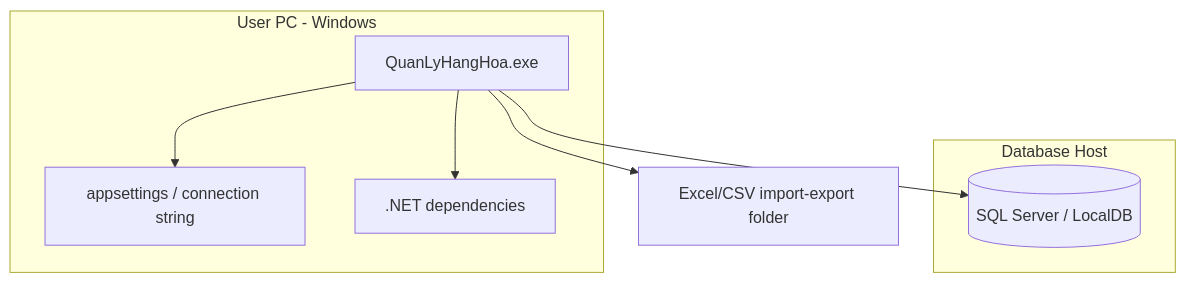
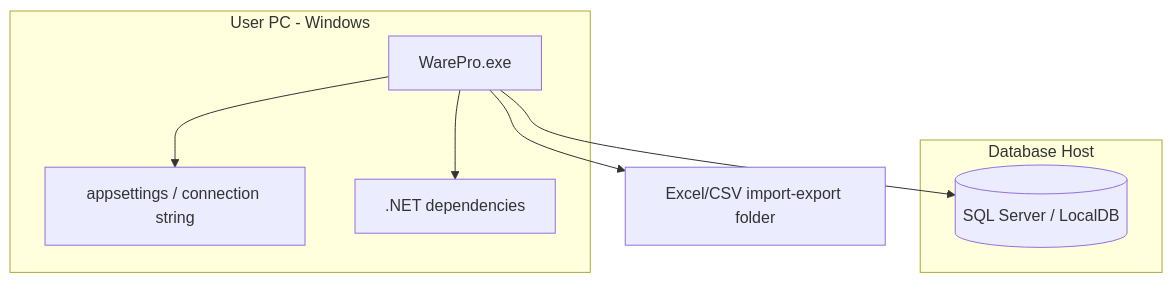
Before and after one commit to TheGiver262/WarePro: the diagram in Diagram/mermaid/Deployment_HeThong.mermaid, drawn with Mermaid. The commit also changed 30 other files, not shown here.

First line of the commit message:
fix(app): align WarePro identity and startup

```diff
--- a/Diagram/mermaid/Deployment_HeThong.mermaid
+++ b/Diagram/mermaid/Deployment_HeThong.mermaid
@@ -1,14 +1,14 @@
 flowchart TB
     subgraph PC[User PC - Windows]
-        Exe[QuanLyHangHoa.exe]
+        Exe[WarePro.exe]
         Config[appsettings / connection string]
         Dlls[.NET dependencies]
     end
     subgraph DBHost[Database Host]
         DB[(SQL Server / LocalDB)]
     end
     Files[Excel/CSV import-export folder]
     Exe --> Config
     Exe --> Dlls
     Exe --> DB
     Exe --> Files
```
